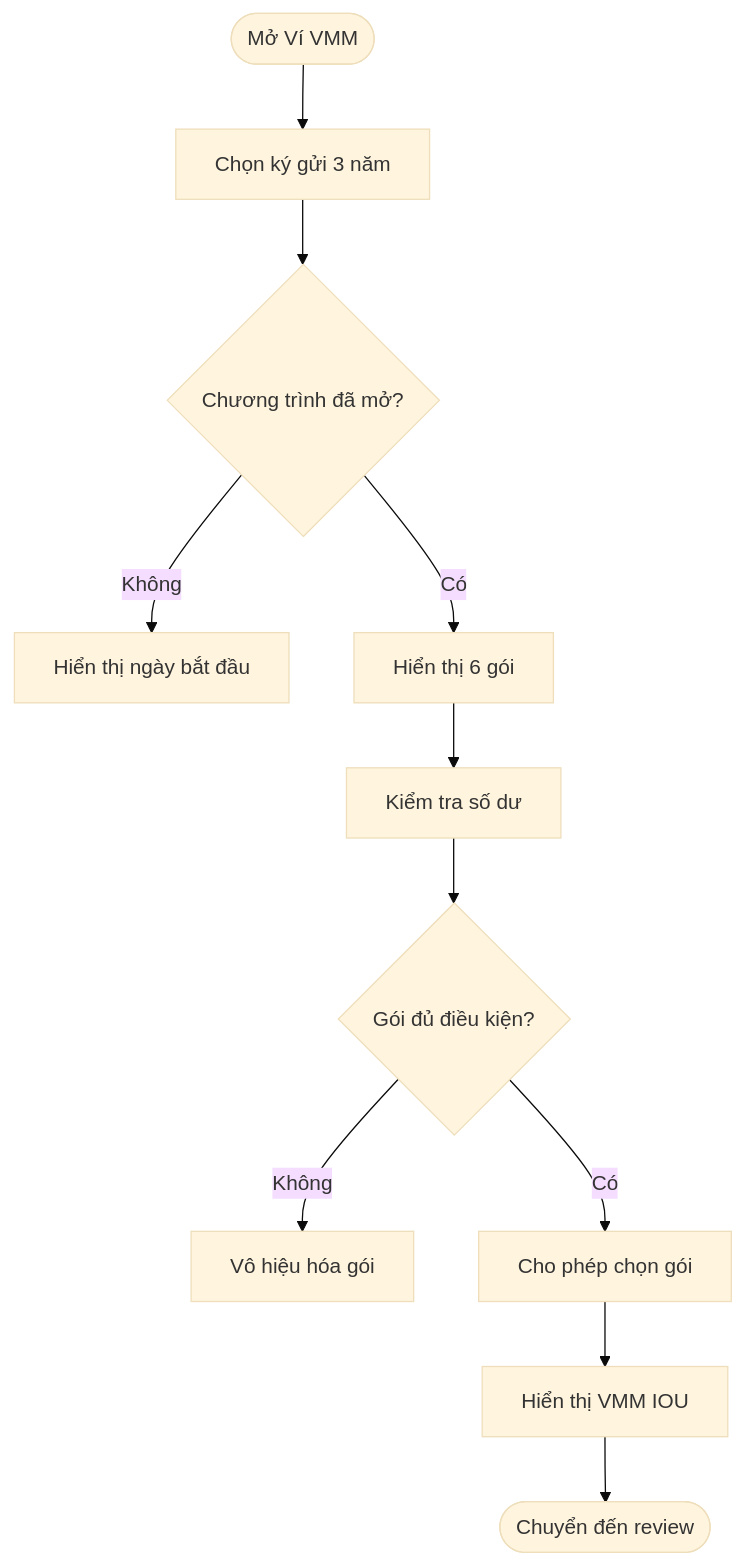
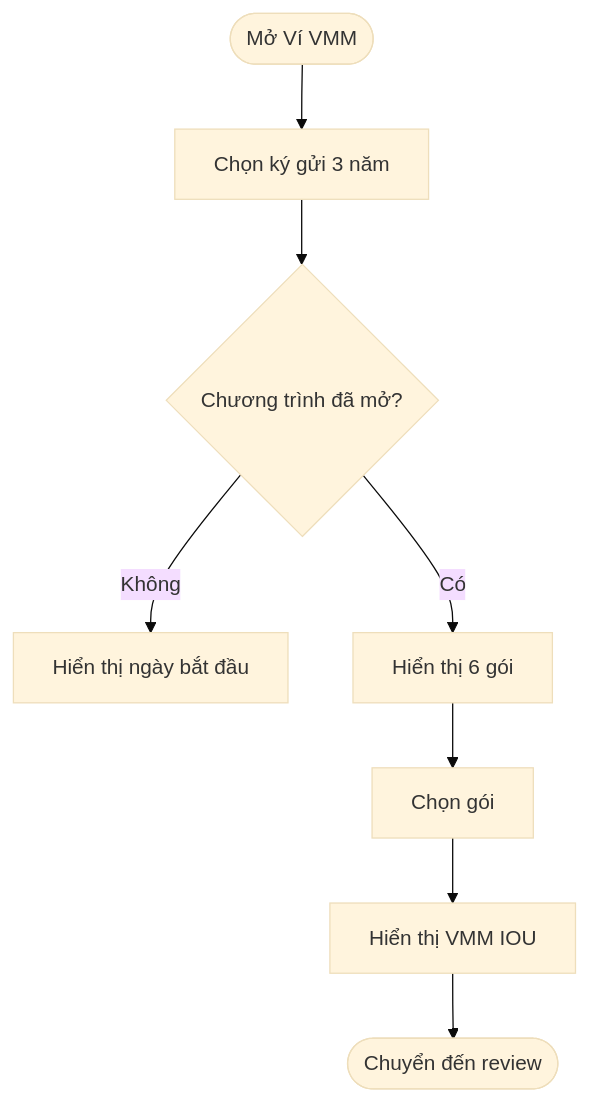
Before and after one commit to maivtn/taxiq: the second of 5 diagrams in html/vmm3y/VLINKPAY_VMM_3Year_Deposit_Program_v1.0.md, drawn with Mermaid (base theme). The commit also changed other lines of this file and 2 other files, not shown here.

````diff
--- a/html/vmm3y/VLINKPAY_VMM_3Year_Deposit_Program_v1.0.md
+++ b/html/vmm3y/VLINKPAY_VMM_3Year_Deposit_Program_v1.0.md
@@ -162,13 +162,10 @@
 ```mermaid
 flowchart TD
     A([Mở Ví VMM]) --> B[Chọn ký gửi 3 năm]
     B --> C{Chương trình đã mở?}
     C -- Không --> D[Hiển thị ngày bắt đầu]
     C -- Có --> E[Hiển thị 6 gói]
-    E --> F[Kiểm tra số dư]
-    F --> G{Gói đủ điều kiện?}
-    G -- Không --> H[Vô hiệu hóa gói]
-    G -- Có --> I[Cho phép chọn gói]
-    I --> J[Hiển thị VMM IOU]
-    J --> K([Chuyển đến review])
+    E --> F[Chọn gói]
+    F --> G[Hiển thị VMM IOU]
+    G --> H([Chuyển đến review])
 ```
````
